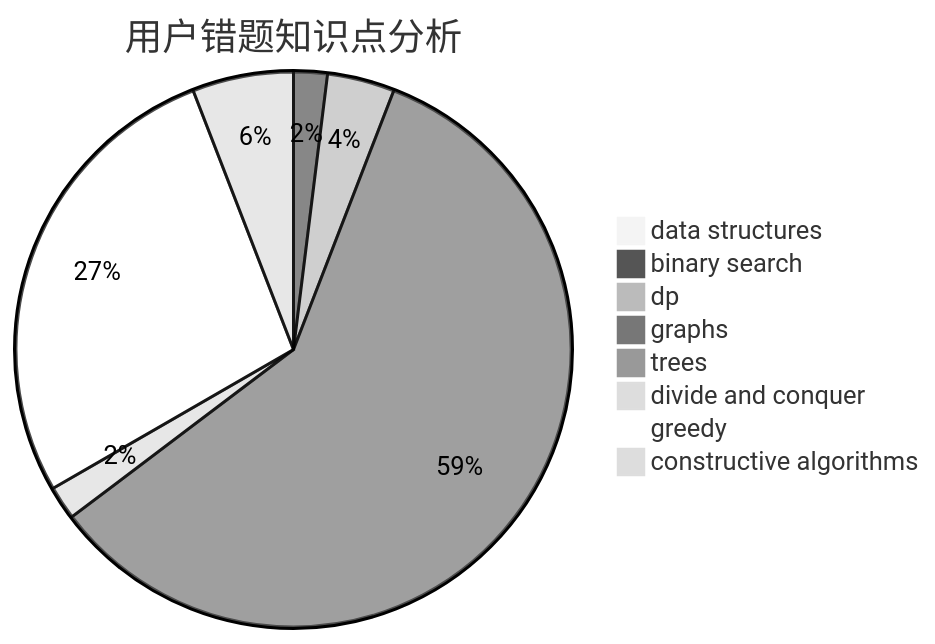
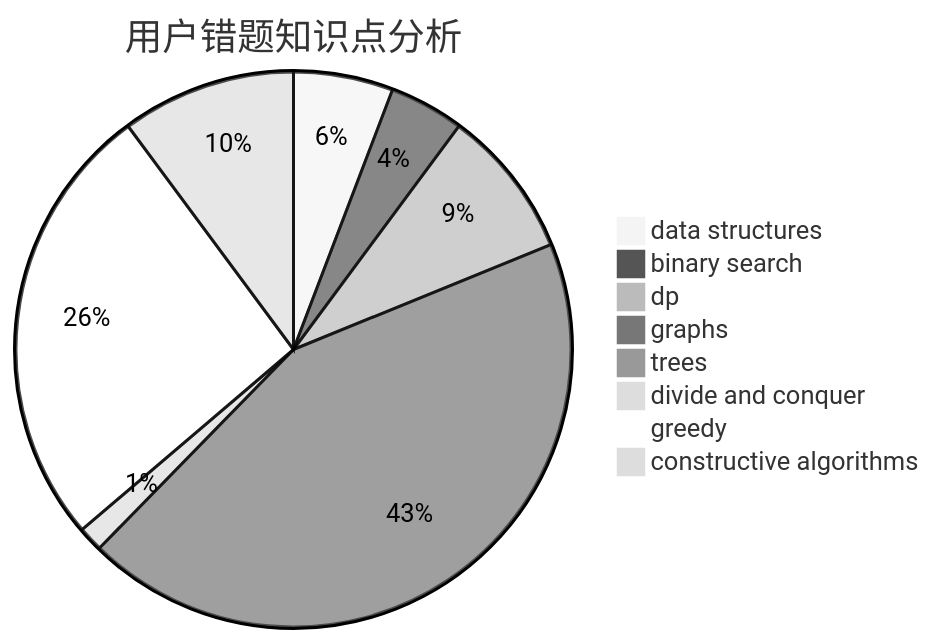
The third of 3 diagrams in docs/user/u1684.md (sherpahu/cfrs.github.io), drawn with Mermaid (neutral theme) before and after one commit. The commit also changed other lines of this file and 2770 other files, not shown here.

````diff
--- a/docs/user/u1684.md
+++ b/docs/user/u1684.md
@@ -36,11 +36,11 @@
 ```mermaid
 pie title 用户错题知识点分析
-    "data structures" :  0
-    "binary search" :  1
-    "dp" :  2
+    "data structures" :  4
+    "binary search" :  3
+    "dp" :  6
     "graphs" :  30
     "trees" :  0
     "divide and conquer" :  1
-    "greedy" :  14
-    "constructive algorithms" :  3
+    "greedy" :  18
+    "constructive algorithms" :  7
 ```
````
